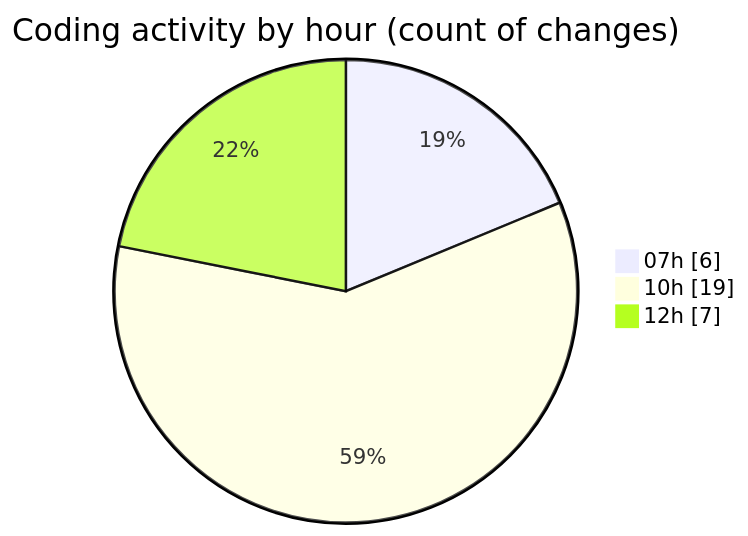
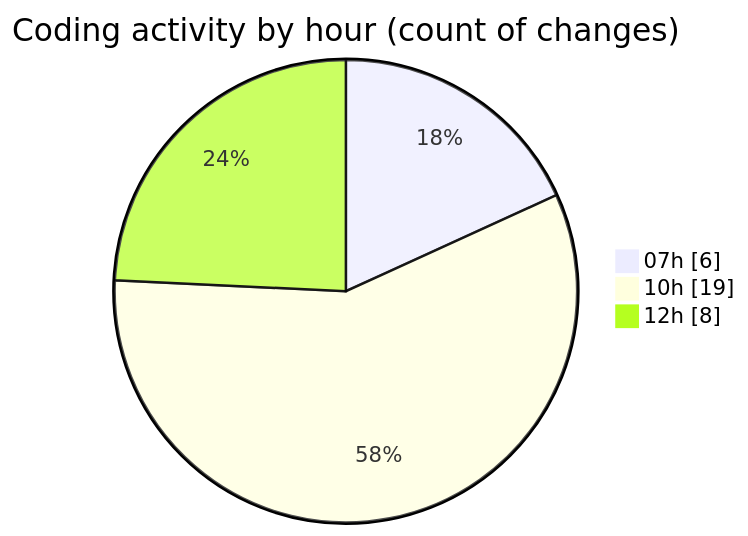
Before and after one commit to lephambinh05/code-tracking: the second of 2 diagrams in 2025-08-14/rentotp/README.md, drawn with Mermaid. The commit also changed other lines of this file and 1 other file, not shown here.

````diff
--- a/2025-08-14/rentotp/README.md
+++ b/2025-08-14/rentotp/README.md
@@ -33,7 +33,7 @@
 ```mermaid
 pie showData
 title Coding activity by hour (count of changes)
 "07h" : 6
 "10h" : 19
-"12h" : 7
+"12h" : 8
 ```
````
